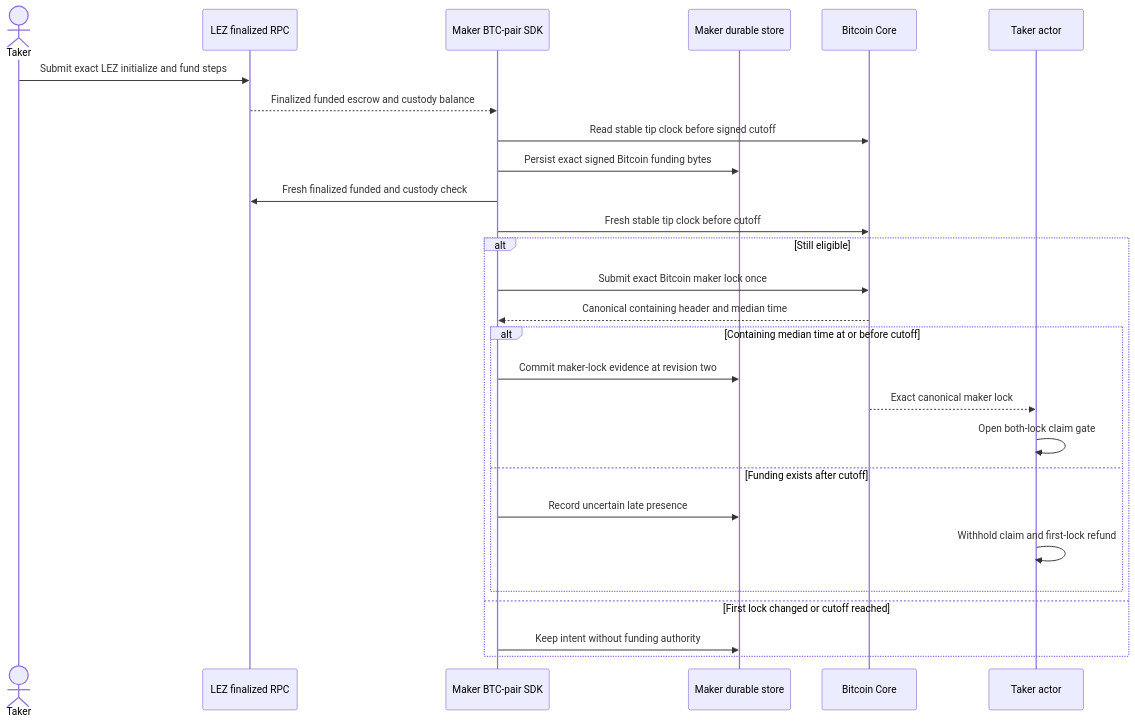
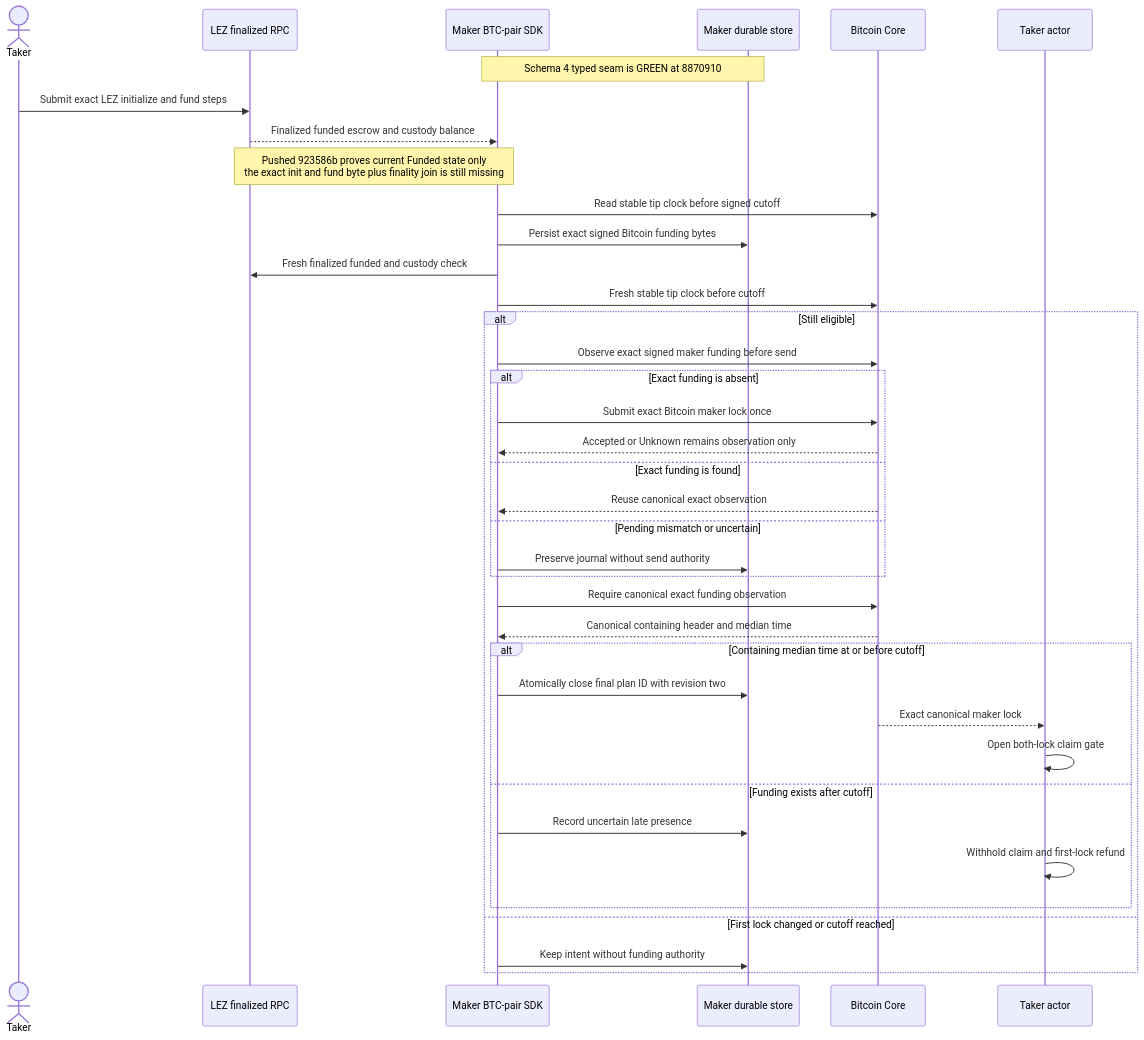
Before and after one commit to gateway-fm/lez-atomic-swaps: the third of 3 diagrams in docs/architecture/0039-admit-first-lock-recovery-only-after-cross-chain-cutoff.md, drawn with Mermaid. The commit also changed other lines of this file and 8 other files, not shown here.

Commit message:
docs: reconcile M3 maker admission architecture

````diff
--- a/docs/architecture/0039-admit-first-lock-recovery-only-after-cross-chain-cutoff.md
+++ b/docs/architecture/0039-admit-first-lock-recovery-only-after-cross-chain-cutoff.md
@@ -149,30 +165,41 @@
 ```mermaid
 sequenceDiagram
     actor Taker
     participant Lez as LEZ finalized RPC
     participant MakerSDK as Maker BTC-pair SDK
     participant Store as Maker durable store
     participant Bitcoin as Bitcoin Core
     participant TakerActor as Taker actor
 
+    Note over MakerSDK,Store: Schema 4 typed seam is GREEN at 8870910
     Taker->>Lez: Submit exact LEZ initialize and fund steps
     Lez-->>MakerSDK: Finalized funded escrow and custody balance
+    Note over MakerSDK,Lez: Pushed 923586b proves current Funded state only<br/>the exact init and fund byte plus finality join is still missing
     MakerSDK->>Bitcoin: Read stable tip clock before signed cutoff
     MakerSDK->>Store: Persist exact signed Bitcoin funding bytes
     MakerSDK->>Lez: Fresh finalized funded and custody check
     MakerSDK->>Bitcoin: Fresh stable tip clock before cutoff
     alt Still eligible
-        MakerSDK->>Bitcoin: Submit exact Bitcoin maker lock once
+        MakerSDK->>Bitcoin: Observe exact signed maker funding before send
+        alt Exact funding is absent
+            MakerSDK->>Bitcoin: Submit exact Bitcoin maker lock once
+            Bitcoin-->>MakerSDK: Accepted or Unknown remains observation only
+        else Exact funding is found
+            Bitcoin-->>MakerSDK: Reuse canonical exact observation
+        else Pending mismatch or uncertain
+            MakerSDK->>Store: Preserve journal without send authority
+        end
+        MakerSDK->>Bitcoin: Require canonical exact funding observation
         Bitcoin-->>MakerSDK: Canonical containing header and median time
         alt Containing median time at or before cutoff
-            MakerSDK->>Store: Commit maker-lock evidence at revision two
+            MakerSDK->>Store: Atomically close final plan ID with revision two
             Bitcoin-->>TakerActor: Exact canonical maker lock
             TakerActor->>TakerActor: Open both-lock claim gate
         else Funding exists after cutoff
             MakerSDK->>Store: Record uncertain late presence
             TakerActor->>TakerActor: Withhold claim and first-lock refund
         end
     else First lock changed or cutoff reached
         MakerSDK->>Store: Keep intent without funding authority
     end
 ```
````
